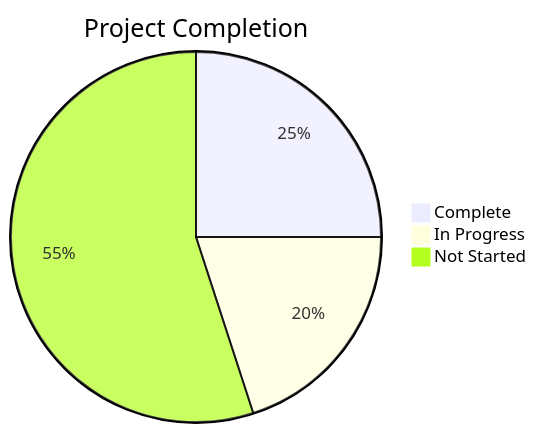
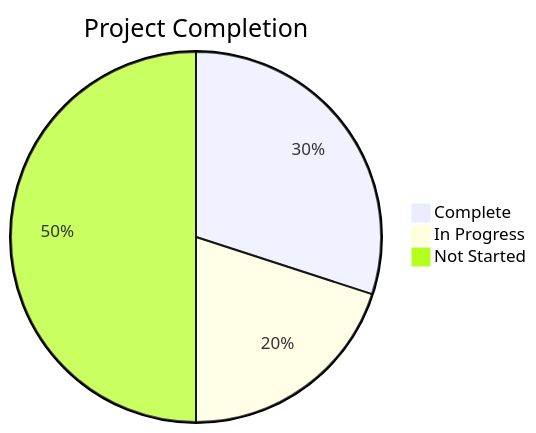
The diagram in memory-bank/progress.md (WesleyMFrederick/ResumeCoach), drawn with Mermaid before and after one commit. The commit also changed other lines of this file and 57 other files, not shown here.

````diff
--- a/memory-bank/progress.md
+++ b/memory-bank/progress.md
@@ -7,6 +7,6 @@
 ```mermaid
 pie title Project Completion
-    "Complete" : 25
+    "Complete" : 30
     "In Progress" : 20
-    "Not Started" : 55
+    "Not Started" : 50
 ```
````
